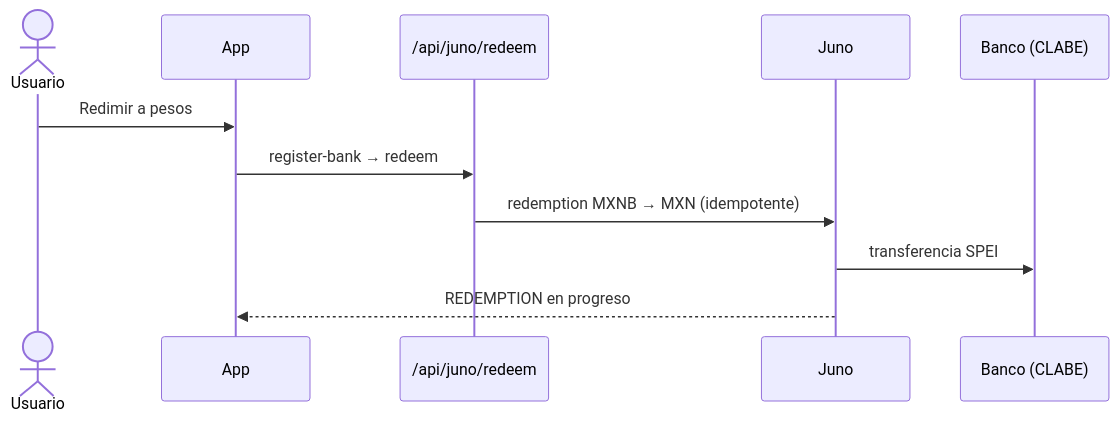
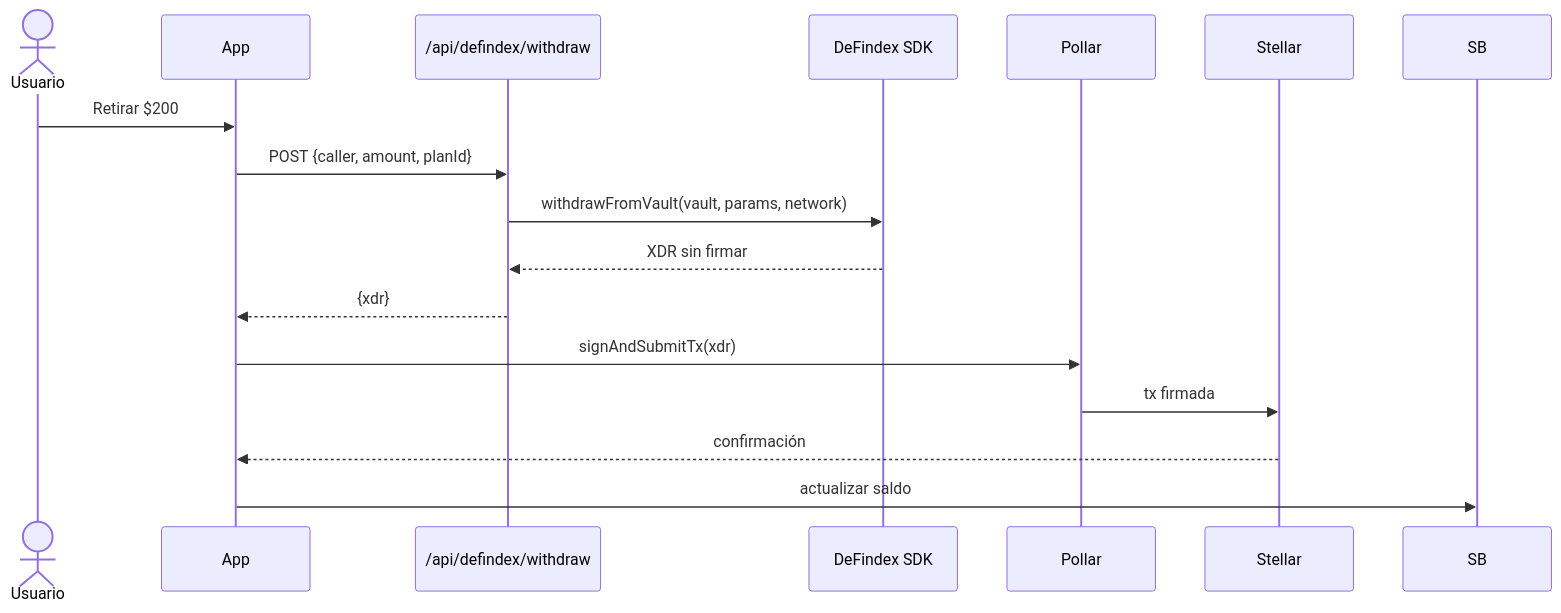
One commit to Seyfert-Labs/SEYF-P changed the fourth of 5 diagrams in README.md. Above: the diagram before and after it, drawn with Mermaid. The commit also changed other lines of this file and 1 other file, not shown here.

First line of the commit message:
docs: update READMEs to reflect Stellar/DeFindex/Soroswap/Etherfuse architecture

````diff
--- a/README.md
+++ b/README.md
@@ -231,13 +187,18 @@
 ```mermaid
 sequenceDiagram
     actor U as Usuario
     participant App
-    participant API as /api/juno/redeem
-    participant Juno
-    participant Bank as Banco (CLABE)
-    U->>App: Redimir a pesos
-    App->>API: register-bank → redeem
-    API->>Juno: redemption MXNB → MXN (idempotente)
-    Juno->>Bank: transferencia SPEI
-    Juno-->>App: REDEMPTION en progreso
+    participant API as /api/defindex/withdraw
+    participant SDK as DeFindex SDK
+    participant Pollar
+    participant Stellar
+    U->>App: Retirar $200
+    App->>API: POST {caller, amount, planId}
+    API->>SDK: withdrawFromVault(vault, params, network)
+    SDK-->>API: XDR sin firmar
+    API-->>App: {xdr}
+    App->>Pollar: signAndSubmitTx(xdr)
+    Pollar->>Stellar: tx firmada
+    Stellar-->>App: confirmación
+    App->>SB: actualizar saldo
 ```
````
